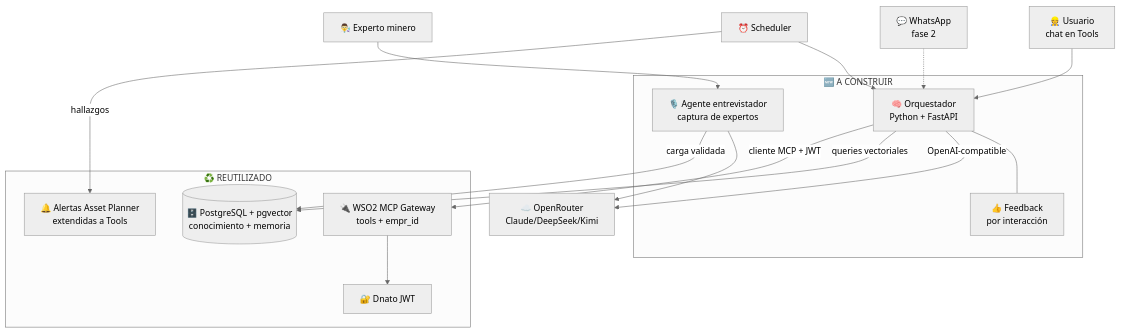
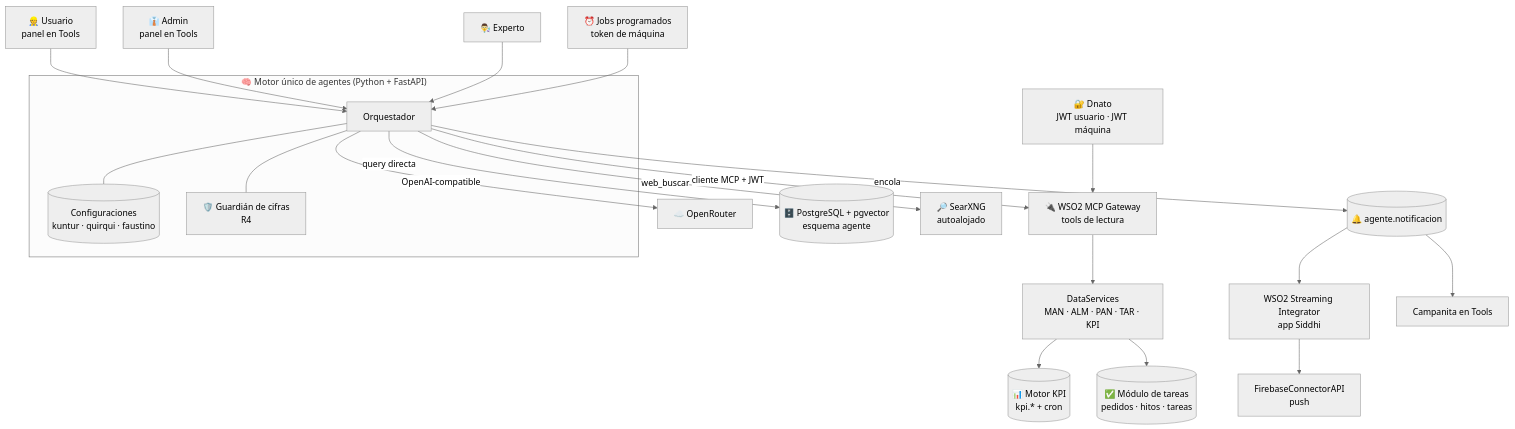
Before and after one commit to Trazalog/traz-tools: the diagram in doc/v3/AGENTES_TRAZALOG_ARQUITECTURA_TECNICA.md, drawn with Mermaid (neutral theme). The commit also changed other lines of this file and 13 other files, not shown here.

First line of the commit message:
docs(agente): redefinir el frente como tres agentes sobre un motor unico [AGENTE-DOC]

````diff
--- a/doc/v3/AGENTES_TRAZALOG_ARQUITECTURA_TECNICA.md
+++ b/doc/v3/AGENTES_TRAZALOG_ARQUITECTURA_TECNICA.md
@@ -10,26 +15,26 @@
 ```mermaid
 graph TD
-    U[👷 Usuario<br/>chat en Tools] --> ORQ
-    WA[💬 WhatsApp<br/>fase 2] -.-> ORQ
-    SCH[⏰ Scheduler] --> ORQ
-    EXP[👨‍🔬 Experto minero] --> ENT
-    subgraph NUEVO["🆕 A CONSTRUIR"]
-        ORQ[🧠 Orquestador<br/>Python + FastAPI]
-        ENT[🎙️ Agente entrevistador<br/>captura de expertos]
-        FB[👍 Feedback<br/>por interacción]
-        ORQ --- FB
+    U[👷 Usuario<br/>panel en Tools] --> ORQ
+    ADM[👔 Admin<br/>panel en Tools] --> ORQ
+    EXP[👨‍🔬 Experto] --> ORQ
+    CRON[⏰ Jobs programados<br/>token de máquina] --> ORQ
+    subgraph MOTOR["🧠 Motor único de agentes (Python + FastAPI)"]
+        ORQ[Orquestador]
+        CFG[(Configuraciones<br/>kuntur · quirqui · faustino)]
+        GRD[🛡️ Guardián de cifras<br/>R4]
+        ORQ --- CFG
+        ORQ --- GRD
     end
-    subgraph REUSA["♻️ REUTILIZADO"]
-        PG[(🗄️ PostgreSQL + pgvector<br/>conocimiento + memoria)]
-        MCP[🔌 WSO2 MCP Gateway<br/>tools + empr_id]
-        DNATO[🔐 Dnato JWT]
-        ALERT[🔔 Alertas Asset Planner<br/>extendidas a Tools]
-    end
-    ORQ -->|OpenAI-compatible| ROUTER[☁️ OpenRouter<br/>Claude/DeepSeek/Kimi]
-    ENT --> ROUTER
-    ORQ -->|queries vectoriales| PG
-    ENT -->|carga validada| PG
-    ORQ -->|cliente MCP + JWT| MCP
-    MCP --> DNATO
-    SCH -->|hallazgos| ALERT
+    ORQ -->|OpenAI-compatible| ROUTER[☁️ OpenRouter]
+    ORQ -->|query directa| PG[(🗄️ PostgreSQL + pgvector<br/>esquema agente)]
+    ORQ -->|cliente MCP + JWT| MCP[🔌 WSO2 MCP Gateway<br/>tools de lectura]
+    ORQ -->|web_buscar| SX[🔎 SearXNG<br/>autoalojado]
+    MCP --> DS[DataServices<br/>MAN · ALM · PAN · TAR · KPI]
+    DS --> KPI[(📊 Motor KPI<br/>kpi.* + cron)]
+    DS --> TAR[(✅ Módulo de tareas<br/>pedidos · hitos · tareas)]
+    ORQ -->|encola| COLA[(🔔 agente.notificacion)]
+    COLA --> SI[WSO2 Streaming Integrator<br/>app Siddhi]
+    SI --> FCM[FirebaseConnectorAPI<br/>push]
+    COLA --> CAMP[Campanita en Tools]
+    DNATO[🔐 Dnato<br/>JWT usuario · JWT máquina] --> MCP
 ```
````
